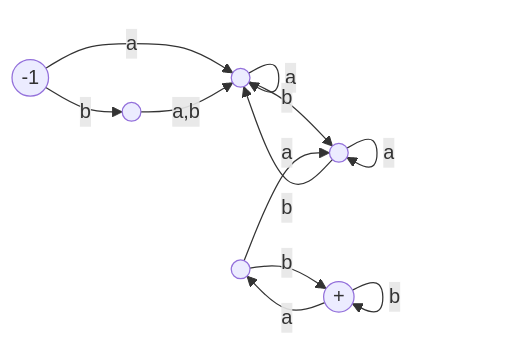
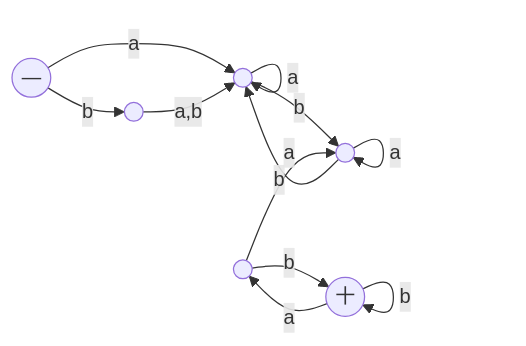
Before and after one commit to ufidon/ct: the second of 9 diagrams in mod2/dec.md, drawn with Mermaid. The commit also changed other lines of this file, not shown here.

Commit message:
broken mermaid and math

````diff
--- a/mod2/dec.md
+++ b/mod2/dec.md
@@ -101,21 +101,21 @@
 ```mermaid
 flowchart LR
-  q1(("-1"))
+  q1(("—"))
   q2((" "))
   q3((" "))
   q4((" "))
   q5((" "))
-  q6(("+"))
+  q6(("十"))
 
   q1-->|a|q3
   q1-->|b|q2
   q2-->|"a,b"|q3
   q3-->|a|q3
   q3-->|b|q4
   q4-->|b|q3
   q4-->|a|q4
   q5-->|a|q4
   q5-->|b|q6
   q6-->|a|q5
   q6-->|b|q6
 ```
````
